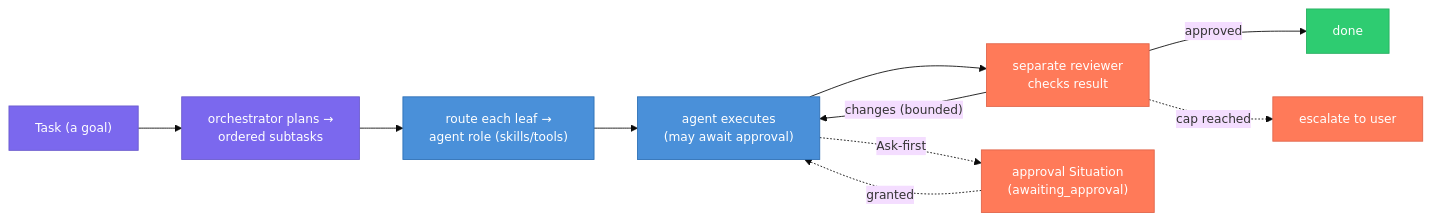
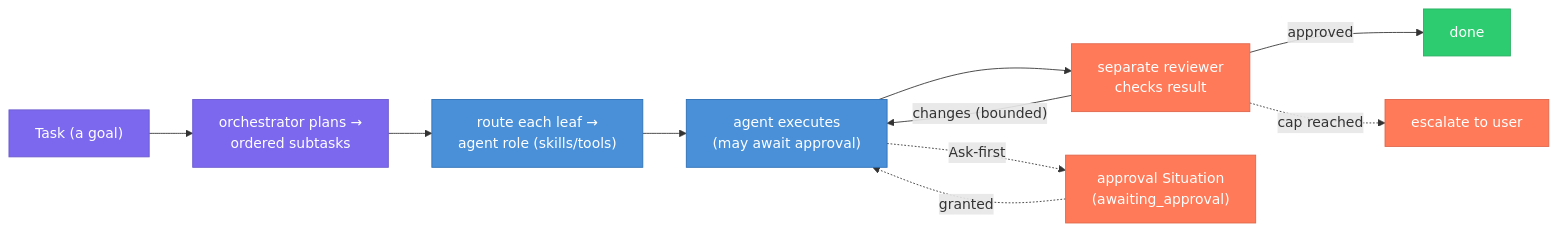
One commit to alex-oleshkevich/dailydrift changed the second of 2 diagrams in specs/tasks.md. Above: the diagram before and after it, drawn with Mermaid. The commit also changed other lines of this file and 44 other files, not shown here.

````diff
--- a/specs/tasks.md
+++ b/specs/tasks.md
@@ -167,22 +186,21 @@
 ```mermaid
-%%{init: {'theme': 'base', 'themeVariables': {'fontSize': '14px'}}}%%
 flowchart LR
     classDef plan fill:#7B68EE,stroke:#6A5ACD,color:#fff
     classDef run fill:#4A90D9,stroke:#2C6FB5,color:#fff
     classDef cond fill:#FF7A59,stroke:#E0654A,color:#fff
     classDef good fill:#2ECC71,stroke:#27AE60,color:#fff
 
     GOAL["Task (a goal)"]:::plan
-    PLAN["orchestrator plans →\nordered subtasks"]:::plan
-    ROUTE["route each leaf →\nagent role (skills/tools)"]:::run
-    EXEC["agent executes\n(may await approval)"]:::run
-    REV["separate reviewer\nchecks result"]:::cond
+    PLAN["orchestrator plans →<br/>ordered subtasks"]:::plan
+    ROUTE["route each leaf →<br/>agent role (skills/tools)"]:::run
+    EXEC["agent executes<br/>(may await approval)"]:::run
+    REV["separate reviewer<br/>checks result"]:::cond
     DONE["done"]:::good
 
     GOAL --> PLAN --> ROUTE --> EXEC --> REV
     REV -->|"approved"| DONE
     REV -->|"changes (bounded)"| EXEC
     REV -.->|"cap reached"| ESC["escalate to user"]:::cond
-    EXEC -.->|"Ask-first"| APPR["approval Situation\n(awaiting_approval)"]:::cond
+    EXEC -.->|"Ask-first"| APPR["approval Situation<br/>(awaiting_approval)"]:::cond
     APPR -.->|"granted"| EXEC
 ```
````
